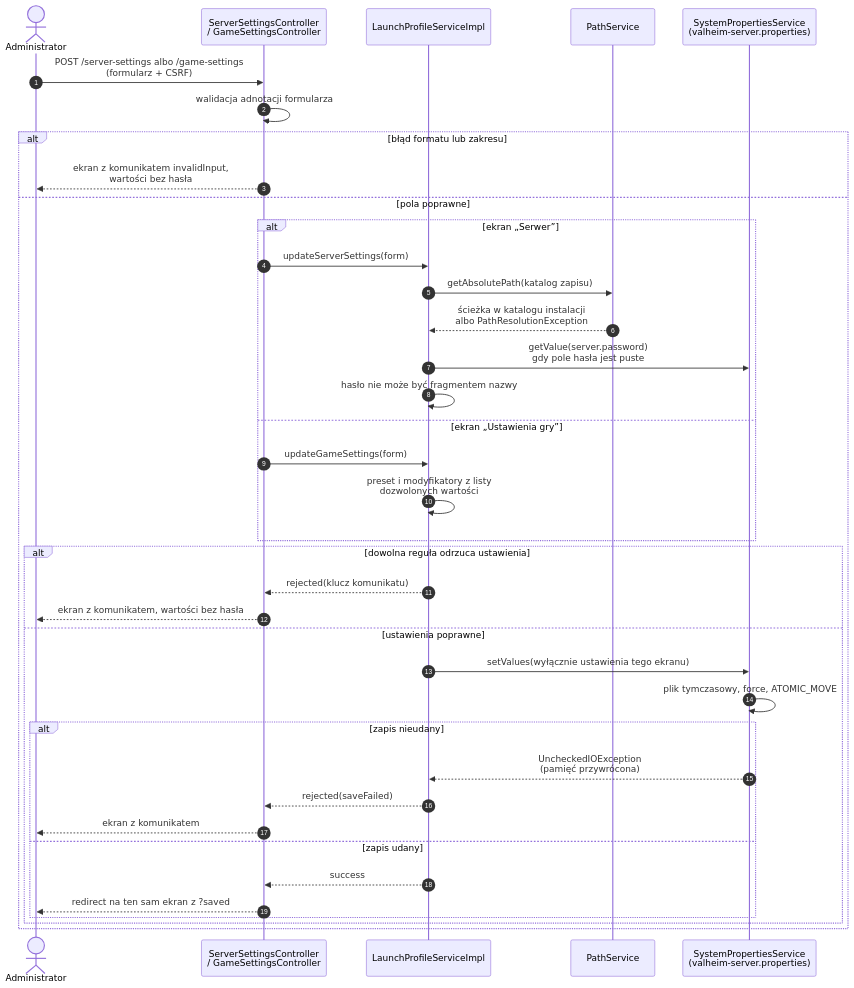
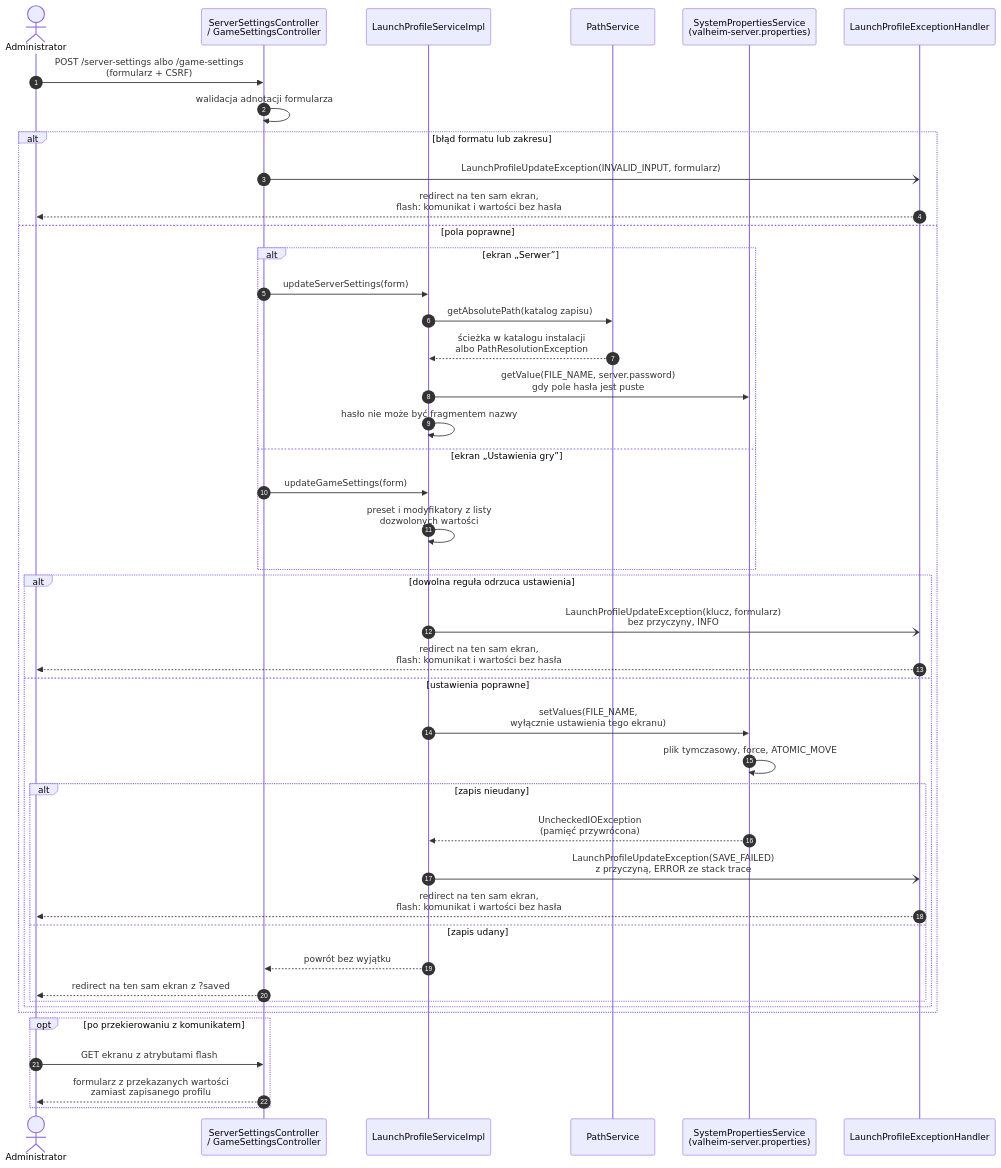
The diagram in dokumentacja/diagramy/launch/przeplyw-zapis-profilu.mmd (Pplociennik/vDeck), drawn with Mermaid before and after one commit. The commit also changed 74 other files, not shown here.

```diff
--- a/dokumentacja/diagramy/launch/przeplyw-zapis-profilu.mmd
+++ b/dokumentacja/diagramy/launch/przeplyw-zapis-profilu.mmd
@@ -1,40 +1,46 @@
 %% Diagram sekwencji: zapis profilu uruchomieniowego z ekranów „Serwer” i „Ustawienia gry”
 sequenceDiagram
     autonumber
     actor A as Administrator
     participant C as ServerSettingsController<br/>/ GameSettingsController
     participant S as LaunchProfileServiceImpl
     participant P as PathService
     participant F as SystemPropertiesService<br/>(valheim-server.properties)
+    participant H as LaunchProfileExceptionHandler
 
     A->>C: POST /server-settings albo /game-settings<br/>(formularz + CSRF)
     C->>C: walidacja adnotacji formularza
     alt błąd formatu lub zakresu
-        C-->>A: ekran z komunikatem invalidInput,<br/>wartości bez hasła
+        C-)H: LaunchProfileUpdateException(INVALID_INPUT, formularz)
+        H-->>A: redirect na ten sam ekran,<br/>flash: komunikat i wartości bez hasła
     else pola poprawne
         alt ekran „Serwer”
             C->>S: updateServerSettings(form)
             S->>P: getAbsolutePath(katalog zapisu)
             P-->>S: ścieżka w katalogu instalacji<br/>albo PathResolutionException
-            S->>F: getValue(server.password)<br/>gdy pole hasła jest puste
+            S->>F: getValue(FILE_NAME, server.password)<br/>gdy pole hasła jest puste
             S->>S: hasło nie może być fragmentem nazwy
         else ekran „Ustawienia gry”
             C->>S: updateGameSettings(form)
             S->>S: preset i modyfikatory z listy<br/>dozwolonych wartości
         end
         alt dowolna reguła odrzuca ustawienia
-            S-->>C: rejected(klucz komunikatu)
-            C-->>A: ekran z komunikatem, wartości bez hasła
+            S-)H: LaunchProfileUpdateException(klucz, formularz)<br/>bez przyczyny, INFO
+            H-->>A: redirect na ten sam ekran,<br/>flash: komunikat i wartości bez hasła
         else ustawienia poprawne
-            S->>F: setValues(wyłącznie ustawienia tego ekranu)
+            S->>F: setValues(FILE_NAME,<br/>wyłącznie ustawienia tego ekranu)
             F->>F: plik tymczasowy, force, ATOMIC_MOVE
             alt zapis nieudany
                 F-->>S: UncheckedIOException<br/>(pamięć przywrócona)
-                S-->>C: rejected(saveFailed)
-                C-->>A: ekran z komunikatem
+                S-)H: LaunchProfileUpdateException(SAVE_FAILED)<br/>z przyczyną, ERROR ze stack trace
+                H-->>A: redirect na ten sam ekran,<br/>flash: komunikat i wartości bez hasła
             else zapis udany
-                S-->>C: success
+                S-->>C: powrót bez wyjątku
                 C-->>A: redirect na ten sam ekran z ?saved
             end
         end
     end
+    opt po przekierowaniu z komunikatem
+        A->>C: GET ekranu z atrybutami flash
+        C-->>A: formularz z przekazanych wartości<br/>zamiast zapisanego profilu
+    end
```
